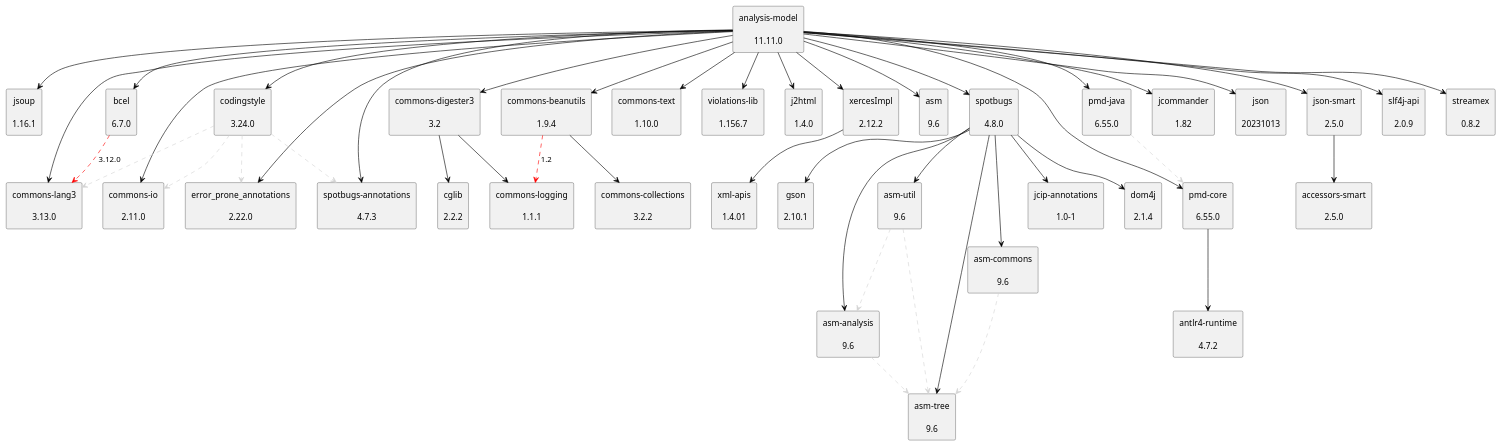
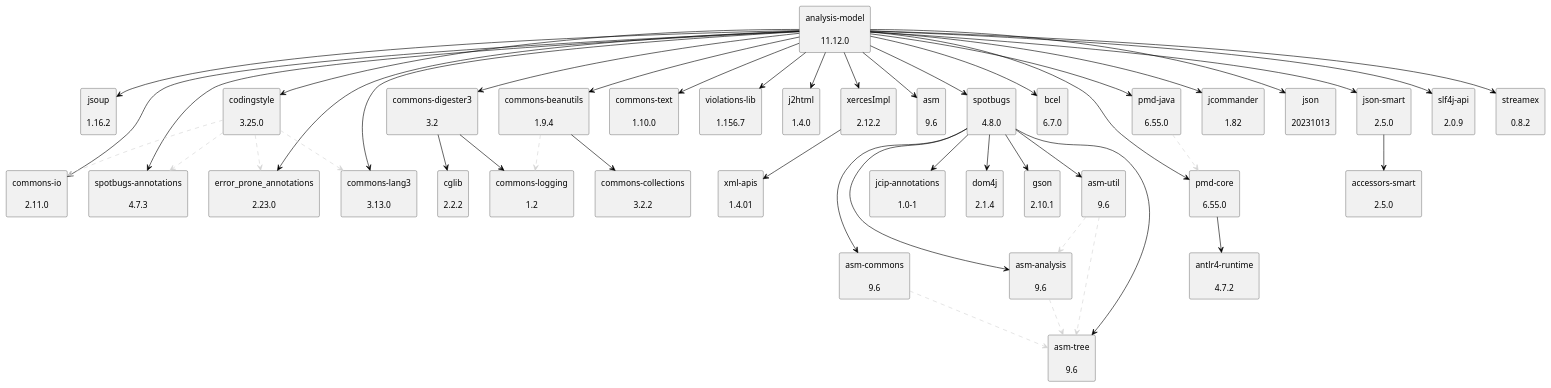
One commit to jenkinsci/analysis-model changed the diagram in doc/dependency-graph.puml. Above: the diagram before and after it, drawn with PlantUML. The commit also changed 2 other files, not shown here.

```diff
--- a/doc/dependency-graph.puml
+++ b/doc/dependency-graph.puml
@@ -1,91 +1,90 @@
 @startuml
 skinparam defaultTextAlignment center
 skinparam rectangle {
   BackgroundColor<<optional>> beige
   BackgroundColor<<test>> lightGreen
   BackgroundColor<<runtime>> lightBlue
   BackgroundColor<<provided>> lightGray
 }
-rectangle "analysis-model\n\n11.11.0" as edu_hm_hafner_analysis_model_jar
-rectangle "jsoup\n\n1.16.1" as org_jsoup_jsoup_jar
+rectangle "analysis-model\n\n11.12.0" as edu_hm_hafner_analysis_model_jar
+rectangle "jsoup\n\n1.16.2" as org_jsoup_jsoup_jar
 rectangle "commons-io\n\n2.11.0" as commons_io_commons_io_jar
 rectangle "commons-digester3\n\n3.2" as org_apache_commons_commons_digester3_jar
 rectangle "cglib\n\n2.2.2" as cglib_cglib_jar
-rectangle "commons-logging\n\n1.1.1" as commons_logging_commons_logging_jar
+rectangle "commons-logging\n\n1.2" as commons_logging_commons_logging_jar
 rectangle "commons-beanutils\n\n1.9.4" as commons_beanutils_commons_beanutils_jar
 rectangle "commons-collections\n\n3.2.2" as commons_collections_commons_collections_jar
 rectangle "commons-text\n\n1.10.0" as org_apache_commons_commons_text_jar
 rectangle "violations-lib\n\n1.156.7" as se_bjurr_violations_violations_lib_jar
 rectangle "j2html\n\n1.4.0" as com_j2html_j2html_jar
 rectangle "xercesImpl\n\n2.12.2" as xerces_xercesImpl_jar
 rectangle "xml-apis\n\n1.4.01" as xml_apis_xml_apis_jar
 rectangle "asm\n\n9.6" as org_ow2_asm_asm_jar
 rectangle "asm-analysis\n\n9.6" as org_ow2_asm_asm_analysis_jar
 rectangle "asm-tree\n\n9.6" as org_ow2_asm_asm_tree_jar
 rectangle "spotbugs\n\n4.8.0" as com_github_spotbugs_spotbugs_jar
 rectangle "asm-commons\n\n9.6" as org_ow2_asm_asm_commons_jar
 rectangle "asm-util\n\n9.6" as org_ow2_asm_asm_util_jar
 rectangle "jcip-annotations\n\n1.0-1" as com_github_stephenc_jcip_jcip_annotations_jar
 rectangle "dom4j\n\n2.1.4" as org_dom4j_dom4j_jar
 rectangle "gson\n\n2.10.1" as com_google_code_gson_gson_jar
 rectangle "bcel\n\n6.7.0" as org_apache_bcel_bcel_jar
-rectangle "commons-lang3\n\n3.13.0" as org_apache_commons_commons_lang3_jar
 rectangle "pmd-core\n\n6.55.0" as net_sourceforge_pmd_pmd_core_jar
 rectangle "antlr4-runtime\n\n4.7.2" as org_antlr_antlr4_runtime_jar
 rectangle "jcommander\n\n1.82" as com_beust_jcommander_jar
 rectangle "pmd-java\n\n6.55.0" as net_sourceforge_pmd_pmd_java_jar
 rectangle "json\n\n20231013" as org_json_json_jar
 rectangle "json-smart\n\n2.5.0" as net_minidev_json_smart_jar
 rectangle "accessors-smart\n\n2.5.0" as net_minidev_accessors_smart_jar
 rectangle "slf4j-api\n\n2.0.9" as org_slf4j_slf4j_api_jar
 rectangle "spotbugs-annotations\n\n4.7.3" as com_github_spotbugs_spotbugs_annotations_jar
-rectangle "error_prone_annotations\n\n2.22.0" as com_google_errorprone_error_prone_annotations_jar
+rectangle "error_prone_annotations\n\n2.23.0" as com_google_errorprone_error_prone_annotations_jar
 rectangle "streamex\n\n0.8.2" as one_util_streamex_jar
-rectangle "codingstyle\n\n3.24.0" as edu_hm_hafner_codingstyle_jar
+rectangle "codingstyle\n\n3.25.0" as edu_hm_hafner_codingstyle_jar
+rectangle "commons-lang3\n\n3.13.0" as org_apache_commons_commons_lang3_jar
 edu_hm_hafner_analysis_model_jar -[#000000]-> org_jsoup_jsoup_jar
 edu_hm_hafner_analysis_model_jar -[#000000]-> commons_io_commons_io_jar
 org_apache_commons_commons_digester3_jar -[#000000]-> cglib_cglib_jar
 org_apache_commons_commons_digester3_jar -[#000000]-> commons_logging_commons_logging_jar
 edu_hm_hafner_analysis_model_jar -[#000000]-> org_apache_commons_commons_digester3_jar
-commons_beanutils_commons_beanutils_jar .[#FF0000].> commons_logging_commons_logging_jar: 1.2
+commons_beanutils_commons_beanutils_jar .[#D3D3D3].> commons_logging_commons_logging_jar
 commons_beanutils_commons_beanutils_jar -[#000000]-> commons_collections_commons_collections_jar
 edu_hm_hafner_analysis_model_jar -[#000000]-> commons_beanutils_commons_beanutils_jar
 edu_hm_hafner_analysis_model_jar -[#000000]-> org_apache_commons_commons_text_jar
 edu_hm_hafner_analysis_model_jar -[#000000]-> se_bjurr_violations_violations_lib_jar
 edu_hm_hafner_analysis_model_jar -[#000000]-> com_j2html_j2html_jar
 xerces_xercesImpl_jar -[#000000]-> xml_apis_xml_apis_jar
 edu_hm_hafner_analysis_model_jar -[#000000]-> xerces_xercesImpl_jar
 edu_hm_hafner_analysis_model_jar -[#000000]-> org_ow2_asm_asm_jar
 org_ow2_asm_asm_analysis_jar .[#D3D3D3].> org_ow2_asm_asm_tree_jar
 com_github_spotbugs_spotbugs_jar -[#000000]-> org_ow2_asm_asm_analysis_jar
 org_ow2_asm_asm_commons_jar .[#D3D3D3].> org_ow2_asm_asm_tree_jar
 com_github_spotbugs_spotbugs_jar -[#000000]-> org_ow2_asm_asm_commons_jar
 com_github_spotbugs_spotbugs_jar -[#000000]-> org_ow2_asm_asm_tree_jar
 org_ow2_asm_asm_util_jar .[#D3D3D3].> org_ow2_asm_asm_tree_jar
 org_ow2_asm_asm_util_jar .[#D3D3D3].> org_ow2_asm_asm_analysis_jar
 com_github_spotbugs_spotbugs_jar -[#000000]-> org_ow2_asm_asm_util_jar
 com_github_spotbugs_spotbugs_jar -[#000000]-> com_github_stephenc_jcip_jcip_annotations_jar
 com_github_spotbugs_spotbugs_jar -[#000000]-> org_dom4j_dom4j_jar
 com_github_spotbugs_spotbugs_jar -[#000000]-> com_google_code_gson_gson_jar
 edu_hm_hafner_analysis_model_jar -[#000000]-> com_github_spotbugs_spotbugs_jar
-org_apache_bcel_bcel_jar .[#FF0000].> org_apache_commons_commons_lang3_jar: 3.12.0
 edu_hm_hafner_analysis_model_jar -[#000000]-> org_apache_bcel_bcel_jar
 net_sourceforge_pmd_pmd_core_jar -[#000000]-> org_antlr_antlr4_runtime_jar
 edu_hm_hafner_analysis_model_jar -[#000000]-> net_sourceforge_pmd_pmd_core_jar
 edu_hm_hafner_analysis_model_jar -[#000000]-> com_beust_jcommander_jar
 net_sourceforge_pmd_pmd_java_jar .[#D3D3D3].> net_sourceforge_pmd_pmd_core_jar
 edu_hm_hafner_analysis_model_jar -[#000000]-> net_sourceforge_pmd_pmd_java_jar
 edu_hm_hafner_analysis_model_jar -[#000000]-> org_json_json_jar
 net_minidev_json_smart_jar -[#000000]-> net_minidev_accessors_smart_jar
 edu_hm_hafner_analysis_model_jar -[#000000]-> net_minidev_json_smart_jar
 edu_hm_hafner_analysis_model_jar -[#000000]-> org_slf4j_slf4j_api_jar
 edu_hm_hafner_analysis_model_jar -[#000000]-> com_github_spotbugs_spotbugs_annotations_jar
 edu_hm_hafner_analysis_model_jar -[#000000]-> com_google_errorprone_error_prone_annotations_jar
 edu_hm_hafner_analysis_model_jar -[#000000]-> one_util_streamex_jar
 edu_hm_hafner_codingstyle_jar .[#D3D3D3].> com_github_spotbugs_spotbugs_annotations_jar
 edu_hm_hafner_codingstyle_jar .[#D3D3D3].> com_google_errorprone_error_prone_annotations_jar
 edu_hm_hafner_codingstyle_jar .[#D3D3D3].> org_apache_commons_commons_lang3_jar
 edu_hm_hafner_codingstyle_jar .[#D3D3D3].> commons_io_commons_io_jar
 edu_hm_hafner_analysis_model_jar -[#000000]-> edu_hm_hafner_codingstyle_jar
 edu_hm_hafner_analysis_model_jar -[#000000]-> org_apache_commons_commons_lang3_jar
 @enduml
```
